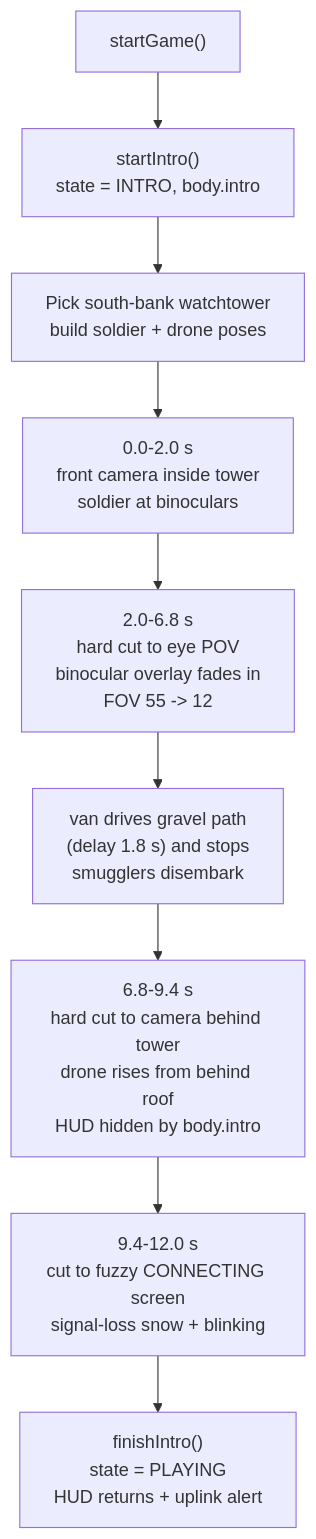
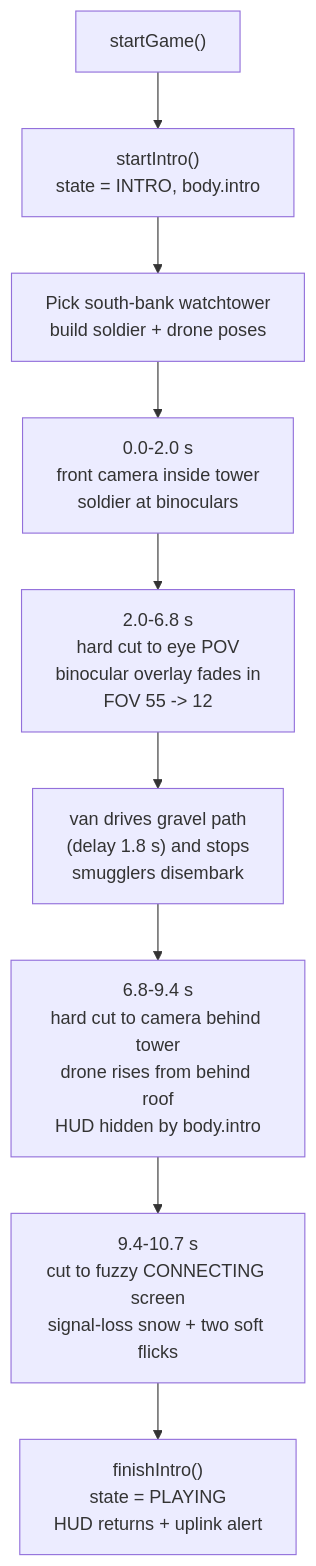
Before and after one commit to Protosnake/veslo: the diagram in docs/features/17-cinematic-intro.md, drawn with Mermaid. The commit also changed other lines of this file and 40 other files, not shown here.

````diff
--- a/docs/features/17-cinematic-intro.md
+++ b/docs/features/17-cinematic-intro.md
@@ -5,11 +5,11 @@
 ```mermaid
 flowchart TD
     A["startGame()"] --> B["startIntro()<br/>state = INTRO, body.intro"]
     B --> C["Pick south-bank watchtower<br/>build soldier + drone poses"]
     C --> D["0.0-2.0 s<br/>front camera inside tower<br/>soldier at binoculars"]
     D --> E["2.0-6.8 s<br/>hard cut to eye POV<br/>binocular overlay fades in<br/>FOV 55 -> 12"]
     E --> F["van drives gravel path<br/>(delay 1.8 s) and stops<br/>smugglers disembark"]
     F --> G["6.8-9.4 s<br/>hard cut to camera behind tower<br/>drone rises from behind roof<br/>HUD hidden by body.intro"]
-    G --> H["9.4-12.0 s<br/>cut to fuzzy CONNECTING screen<br/>signal-loss snow + blinking"]
+    G --> H["9.4-10.7 s<br/>cut to fuzzy CONNECTING screen<br/>signal-loss snow + two soft flicks"]
     H --> I["finishIntro()<br/>state = PLAYING<br/>HUD returns + uplink alert"]
 ```
````
